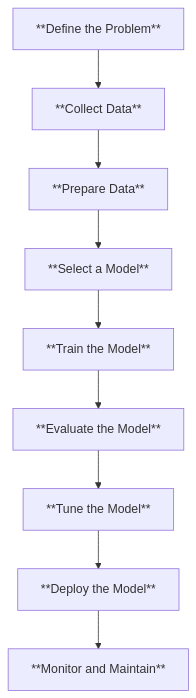
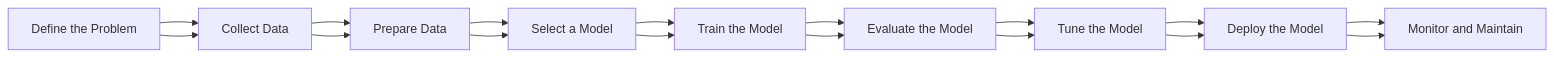
The diagram in images/ML_process.md (Reefwing-Software/Embedded-AI), drawn with Mermaid before and after one commit.

````diff
--- a/images/ML_process.md
+++ b/images/ML_process.md
@@ -8,11 +8,15 @@
 ```mermaid
-graph TD
-    A[**Define the Problem**] --> B[**Collect Data**]
-    B --> C[**Prepare Data**]
-    C --> D[**Select a Model**]
-    D --> E[**Train the Model**]
-    E --> F[**Evaluate the Model**]
-    F --> G[**Tune the Model**]
-    G --> H[**Deploy the Model**]
-    H --> I[**Monitor and Maintain**]
+graph LR
+    A[Define the Problem] --> B[Collect Data]
+    B --> C[Prepare Data]
+    C --> D[Select a Model]
+    D --> E[Train the Model]
+    E --> F[Evaluate the Model]
+    F --> G[Tune the Model]
+    G --> H[Deploy the Model]
+    H --> I[Monitor and Maintain]
+
+    A --> B --> C --> D
+    D --> E --> F
+    F --> G --> H --> I
 ```
````
